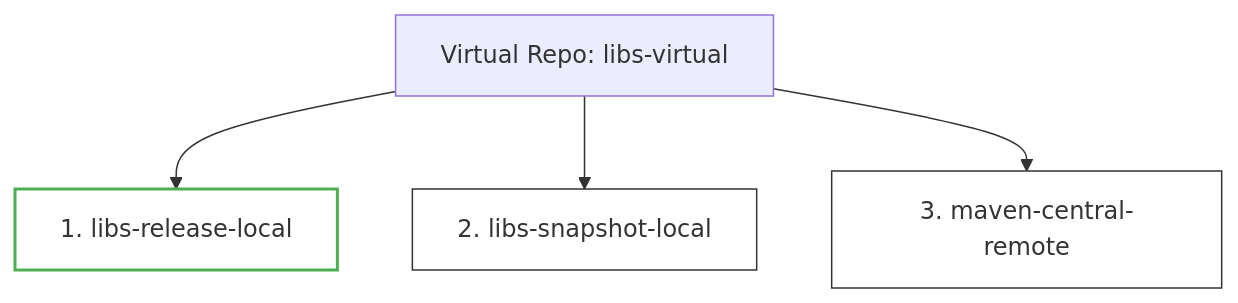
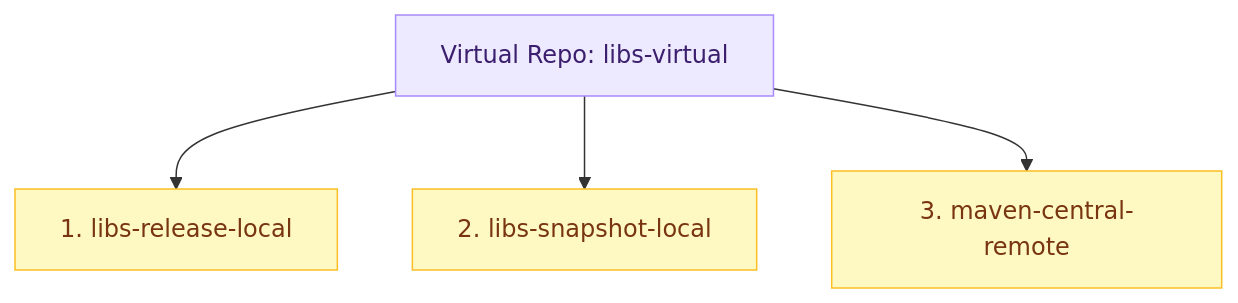
Before and after one commit to devopspilot1/devopspilot1.github.io: the second of 2 diagrams in docs/jfrog/tutorials/key-concepts/index.md, drawn with Mermaid. The commit also changed other lines of this file and 9 other files, not shown here.

Commit message:
refactor: modernize documentation diagrams by converting text-based graphics to styled Mermaid.js charts

````diff
--- a/docs/jfrog/tutorials/key-concepts/index.md
+++ b/docs/jfrog/tutorials/key-concepts/index.md
@@ -113,10 +114,12 @@
 ```mermaid
 graph TD
     V[Virtual Repo: libs-virtual] --> R1[1. libs-release-local]
     V --> R2[2. libs-snapshot-local]
     V --> R3[3. maven-central-remote]
     
-    style R1 fill:#fff,stroke:#4caf50,stroke-width:2px
-    style R2 fill:#fff,stroke:#333
-    style R3 fill:#fff,stroke:#333
+    classDef gateway  fill:#ede9fe,stroke:#a78bfa,color:#3b1f6e
+    classDef route    fill:#fef9c3,stroke:#fbbf24,color:#78350f
+
+    class V gateway
+    class R1,R2,R3 route
 ```
````
